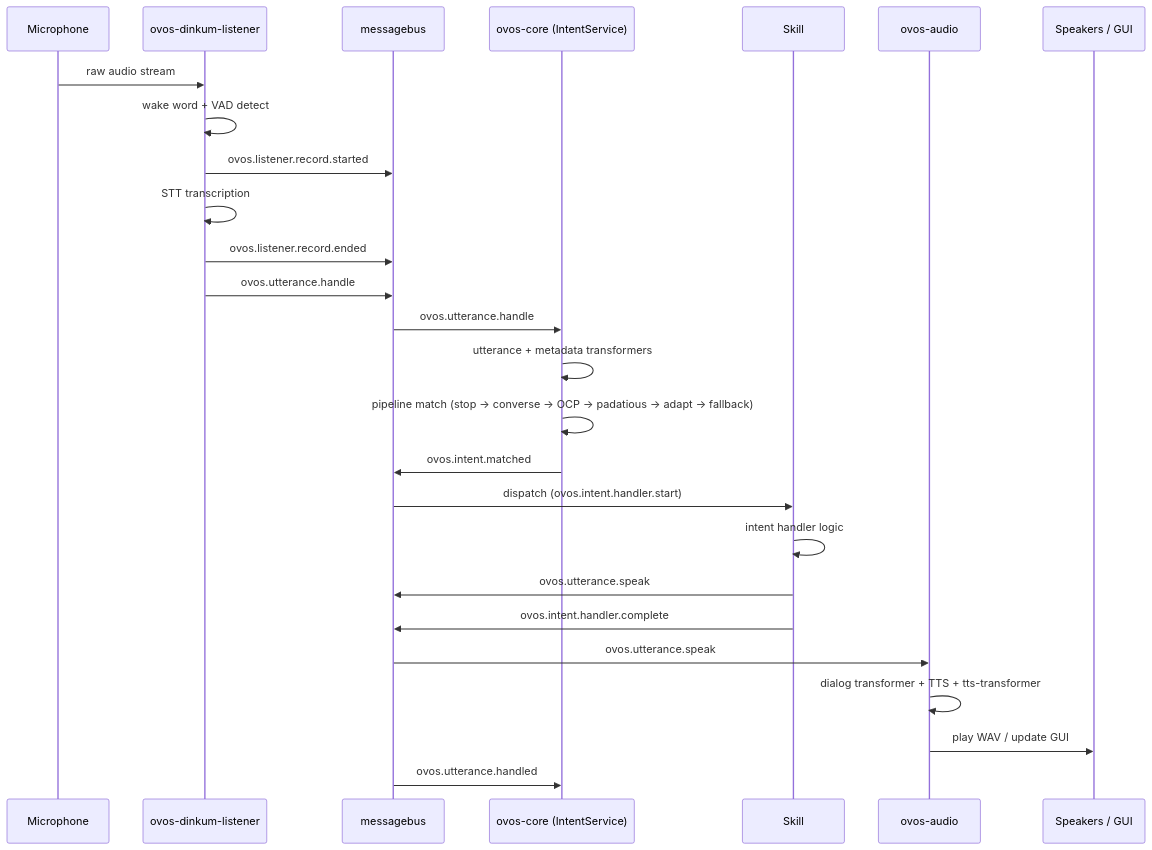
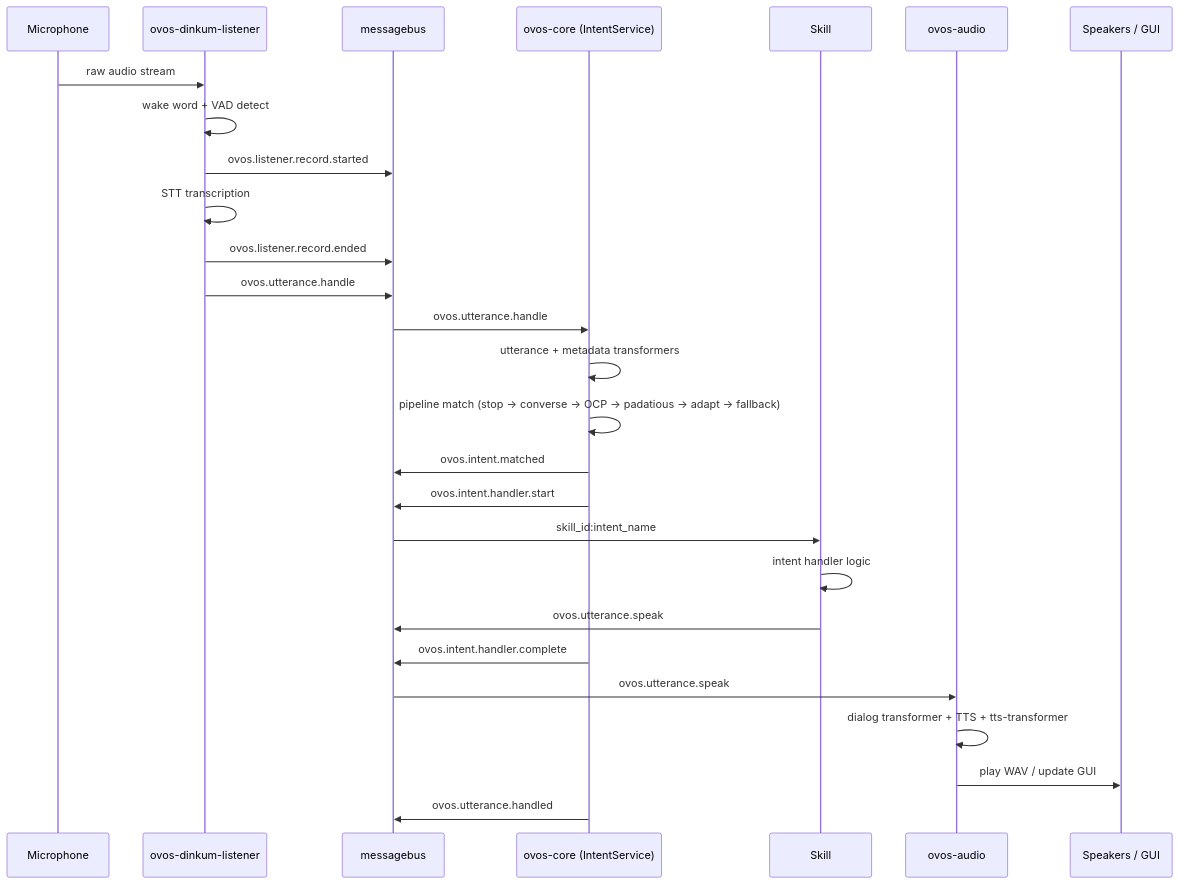
One commit to TigreGotico/ovos-technical-manual changed the diagram in docs/life-of-an-utterance.md. Above: the diagram before and after it, drawn with Mermaid. The commit also changed other lines of this file and 1 other file, not shown here.

Commit message:
fix: the handler-lifecycle trio is orchestrator-owned
PIPELINE-1 §8 makes the wrapper around handler invocation emit
ovos.intent.handler.start plus exactly one of .complete/.error; handler
code carries no obligation. Drop the contrary claims from the intent
service and utterance-lifecycle pages, keep the process/threading facts
under Threading and Failure Model, and split the dispatch arrow from the
trio in the sequence diagram.

````diff
--- a/docs/life-of-an-utterance.md
+++ b/docs/life-of-an-utterance.md
@@ -13,29 +13,30 @@
 ```mermaid
 sequenceDiagram
     participant Mic as Microphone
     participant Listener as ovos-dinkum-listener
     participant Bus as messagebus
     participant Core as ovos-core (IntentService)
     participant Skill as Skill
     participant Audio as ovos-audio
     participant Speakers as Speakers / GUI
 
     Mic->>Listener: raw audio stream
     Listener->>Listener: wake word + VAD detect
     Listener->>Bus: ovos.listener.record.started
     Listener->>Listener: STT transcription
     Listener->>Bus: ovos.listener.record.ended
     Listener->>Bus: ovos.utterance.handle
     Bus->>Core: ovos.utterance.handle
     Core->>Core: utterance + metadata transformers
     Core->>Core: pipeline match (stop → converse → OCP → padatious → adapt → fallback)
     Core->>Bus: ovos.intent.matched
-    Bus->>Skill: dispatch (ovos.intent.handler.start)
+    Core->>Bus: ovos.intent.handler.start
+    Bus->>Skill: skill_id:intent_name
     Skill->>Skill: intent handler logic
     Skill->>Bus: ovos.utterance.speak
-    Skill->>Bus: ovos.intent.handler.complete
+    Core->>Bus: ovos.intent.handler.complete
     Bus->>Audio: ovos.utterance.speak
     Audio->>Audio: dialog transformer + TTS + tts-transformer
     Audio->>Speakers: play WAV / update GUI
-    Bus->>Core: ovos.utterance.handled
+    Core->>Bus: ovos.utterance.handled
 ```
````
